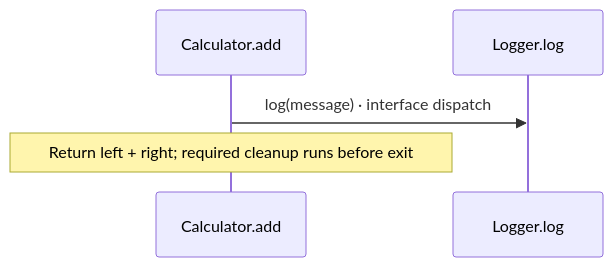
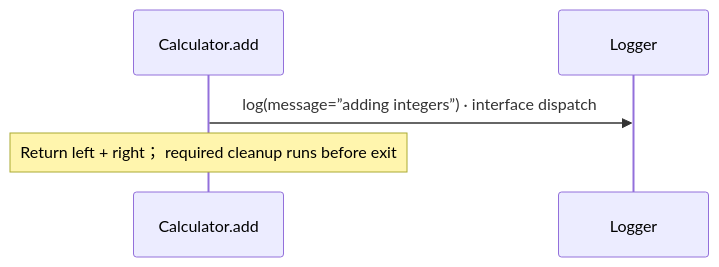
Before and after one commit to GreenPandaStudios/augscript: the third of 4 diagrams in docs/examples/developer-workflow/calculator-diagrams.md, drawn with Mermaid. The commit also changed other lines of this file and 524 other files, not shown here.

Commit message:
Explain checked data flow at folder and service levels

````diff
--- a/docs/examples/developer-workflow/calculator-diagrams.md
+++ b/docs/examples/developer-workflow/calculator-diagrams.md
@@ -89,7 +78,7 @@
 ```mermaid
 sequenceDiagram
     participant p0 as Calculator.add
-    participant p1 as Logger.log
-    p0->>p1: log(message) · interface dispatch
-    Note over p0: Return left + right#59; required cleanup runs before exit
+    participant p1 as Logger
+    p0->>p1: log(message=”adding integers”) · interface dispatch
+    Note over p0: Return left + right； required cleanup runs before exit
 ```
````
